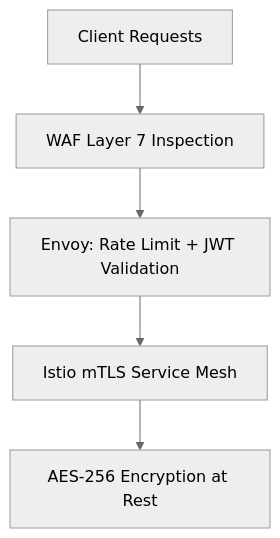
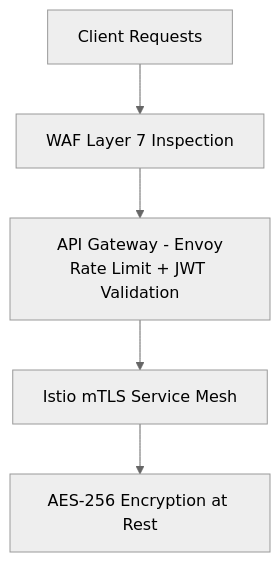
Before and after one commit to pradeep2Tech/pradeep2Tech.github.io: the tenth of 10 diagrams in content/system-design/social-feed.md, drawn with Mermaid (neutral theme). The commit also changed other lines of this file and 5 other files, not shown here.

````diff
--- a/content/system-design/social-feed.md
+++ b/content/system-design/social-feed.md
@@ -591,7 +996,7 @@
 ```mermaid
 flowchart TD
     Client[Client Requests] --> WAF[WAF Layer 7 Inspection]
-    WAF --> Envoy[Envoy: Rate Limit + JWT Validation]
-    Envoy --> Mesh[Istio mTLS Service Mesh]
+    WAF --> Gateway["API Gateway - Envoy<br/>Rate Limit + JWT Validation"]
+    Gateway --> Mesh[Istio mTLS Service Mesh]
     Mesh --> Storage[AES-256 Encryption at Rest]
 ```
````
